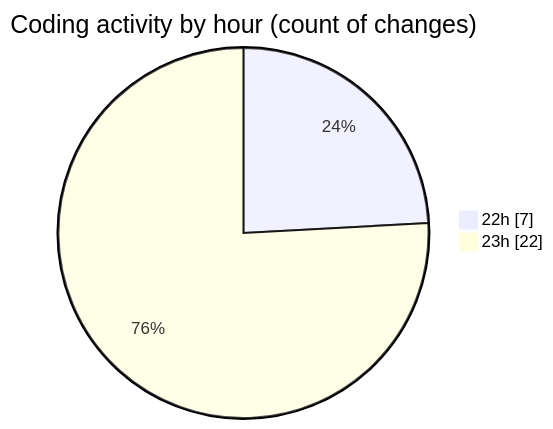
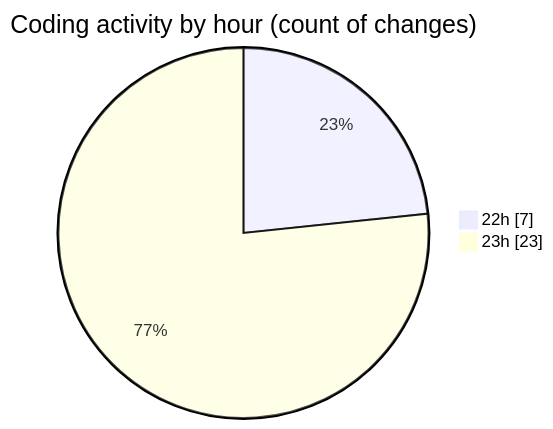
Before and after one commit to hasnaa123/code-tracking: the second of 2 diagrams in 2025-12-24/technologie_web/README.md, drawn with Mermaid. The commit also changed other lines of this file and 1 other file, not shown here.

````diff
--- a/2025-12-24/technologie_web/README.md
+++ b/2025-12-24/technologie_web/README.md
@@ -28,6 +28,6 @@
 ```mermaid
 pie showData
 title Coding activity by hour (count of changes)
 "22h" : 7
-"23h" : 22
+"23h" : 23
 ```
````
